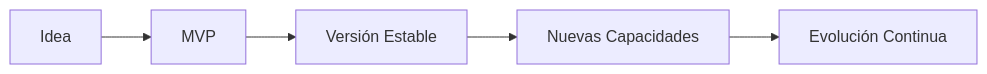
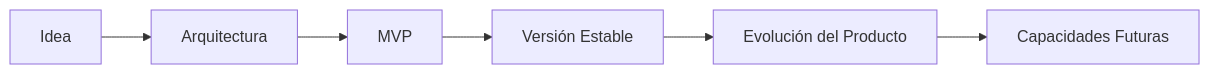
One commit to jriojac/techmind changed the diagram in docs/ROADMAP/Technical-Roadmap.md. Above: the diagram before and after it, drawn with Mermaid. The commit also changed other lines of this file and 17 other files, not shown here.

Commit message:
docs: alinear documentación de la arquitectura y roadmap de  data science

````diff
--- a/docs/ROADMAP/Technical-Roadmap.md
+++ b/docs/ROADMAP/Technical-Roadmap.md
@@ -72,21 +78,25 @@
 ```mermaid
 flowchart LR
 
 idea["Idea"]
 
+plan["Arquitectura"]
+
 mvp["MVP"]
 
 stable["Versión Estable"]
 
-growth["Nuevas Capacidades"]
+growth["Evolución del Producto"]
 
-future["Evolución Continua"]
+future["Capacidades Futuras"]
 
-idea --> mvp
+idea --> plan
+
+plan --> mvp
 
 mvp --> stable
 
 stable --> growth
 
 growth --> future
 ```
````
